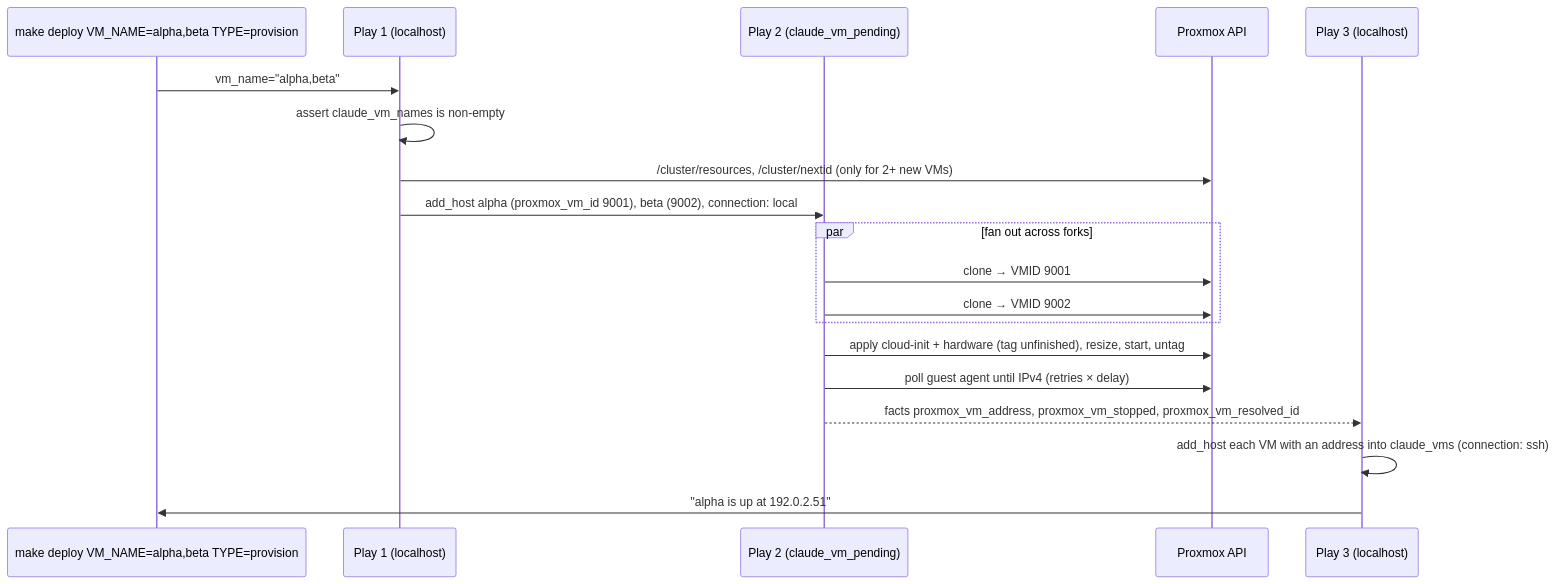
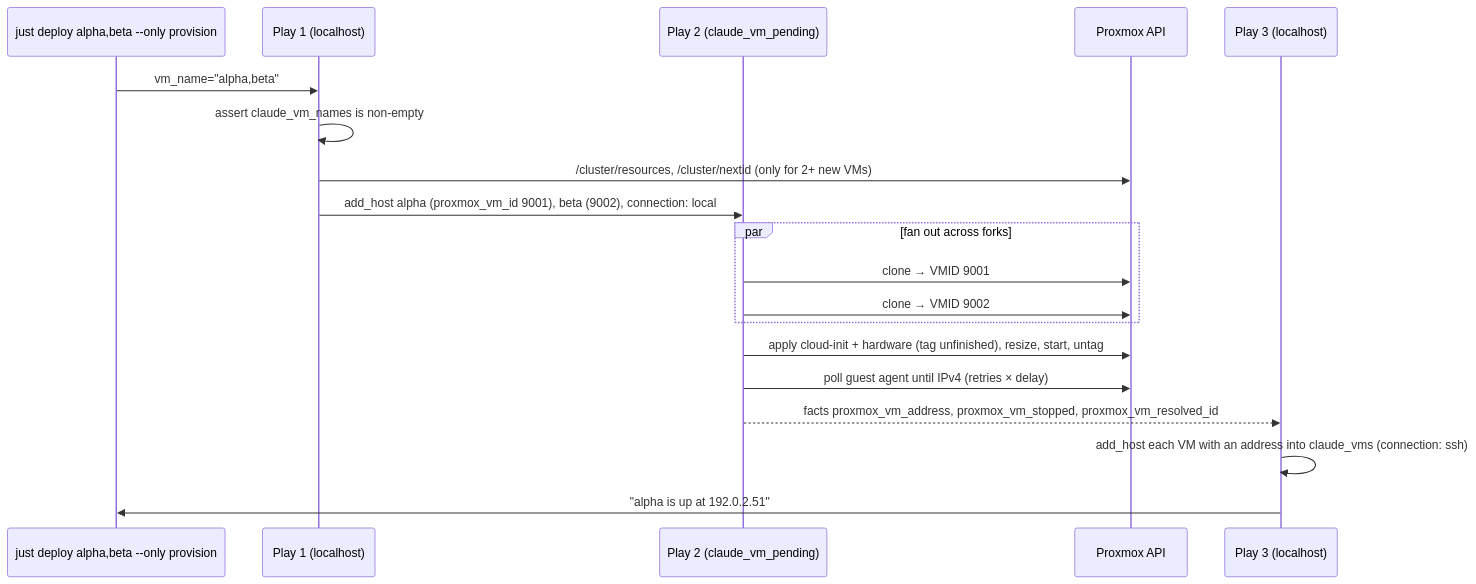
One commit to kawadeomkar/claude-on-proxmox changed the second of 2 diagrams in docs/architecture/lifecycle.md. Above: the diagram before and after it, drawn with Mermaid. The commit also changed other lines of this file and 147 other files, not shown here.

````diff
--- a/docs/architecture/lifecycle.md
+++ b/docs/architecture/lifecycle.md
@@ -32,22 +32,22 @@
 ```mermaid
 sequenceDiagram
-    participant U as make deploy VM_NAME=alpha,beta TYPE=provision
+    participant U as just deploy alpha,beta --only provision
     participant P1 as Play 1 (localhost)
     participant P2 as Play 2 (claude_vm_pending)
     participant PX as Proxmox API
     participant P3 as Play 3 (localhost)
 
     U->>P1: vm_name="alpha,beta"
     P1->>P1: assert claude_vm_names is non-empty
     P1->>PX: /cluster/resources, /cluster/nextid (only for 2+ new VMs)
     P1->>P2: add_host alpha (proxmox_vm_id 9001), beta (9002), connection: local
     par fan out across forks
         P2->>PX: clone → VMID 9001
         P2->>PX: clone → VMID 9002
     end
     P2->>PX: apply cloud-init + hardware (tag unfinished), resize, start, untag
     P2->>PX: poll guest agent until IPv4 (retries × delay)
     P2-->>P3: facts proxmox_vm_address, proxmox_vm_stopped, proxmox_vm_resolved_id
     P3->>P3: add_host each VM with an address into claude_vms (connection: ssh)
     P3->>U: "alpha is up at 192.0.2.51"
 ```
````
